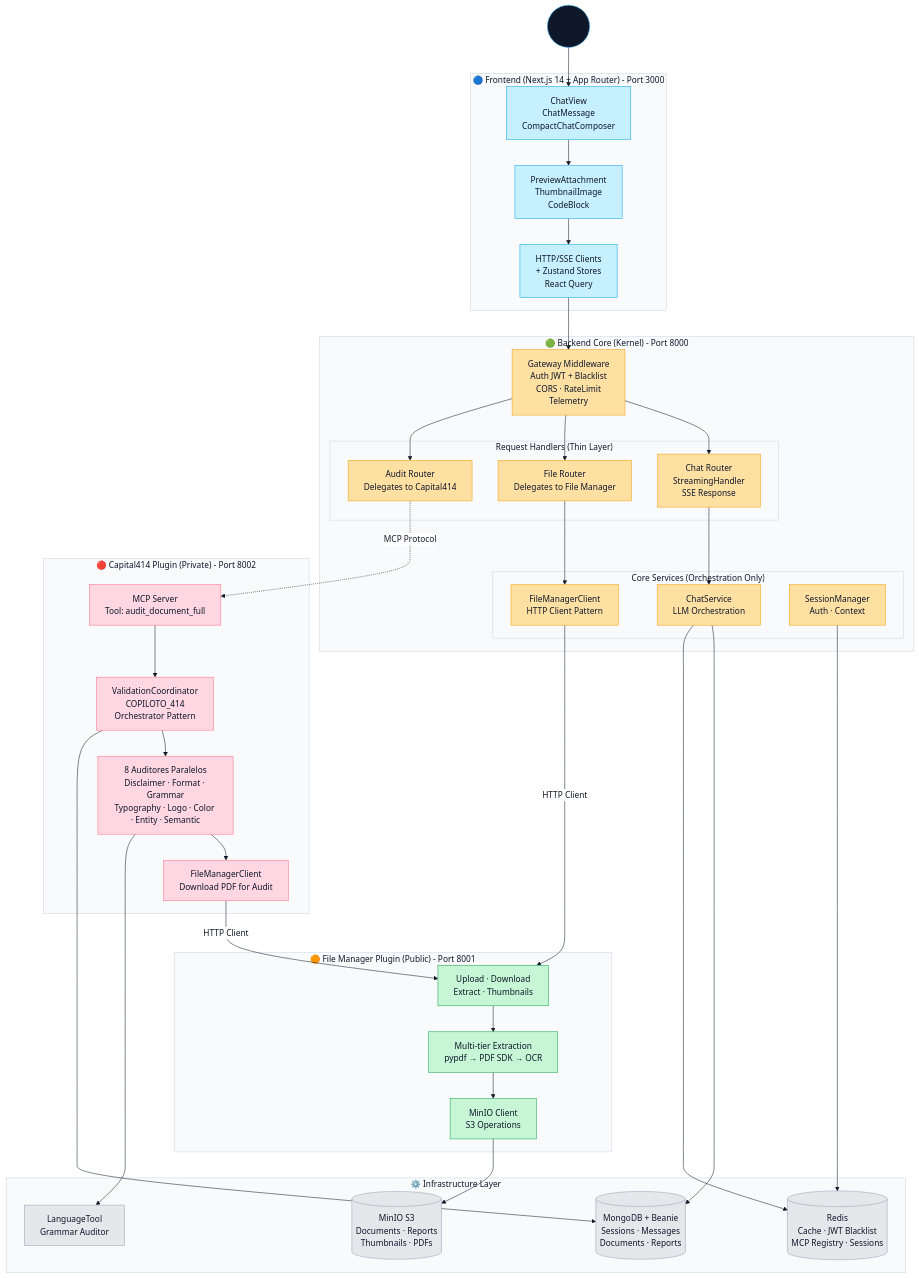
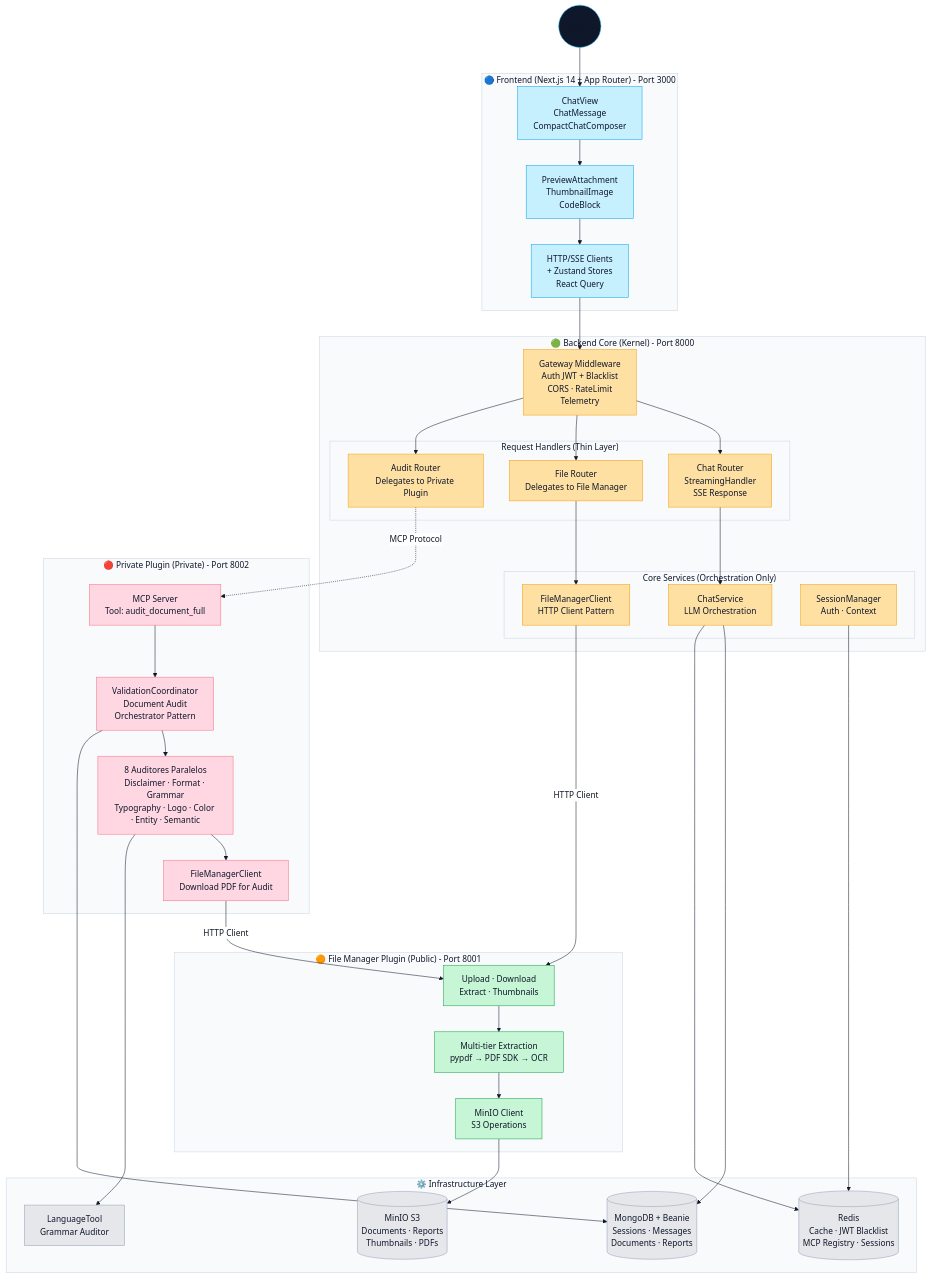
One commit to saptiva-ai/octavios-chat changed the third of 11 diagrams in README.md. Above: the diagram before and after it, drawn with Mermaid. The commit also changed other lines of this file, not shown here.

Commit message:
docs: replace capital414/COPILOTO_414 references with generic plugin-private naming

````diff
--- a/README.md
+++ b/README.md
@@ -451,81 +451,81 @@
 ```mermaid
 %%{init: {'theme': 'base', 'themeVariables': {'primaryColor': '#0f172a','primaryBorderColor': '#38bdf8','primaryTextColor': '#111827','lineColor': '#111827','textColor': '#111827','secondaryColor': '#ffffff','secondaryBorderColor': '#cbd5e1','secondaryTextColor': '#0f172a','tertiaryColor': '#f8fafc','tertiaryBorderColor': '#cbd5e1','tertiaryTextColor': '#0f172a'}}}%%
 flowchart TB
     user((Usuarios)):::light --> web_ui
 
     subgraph Frontend["🔵 Frontend (Next.js 14 + App Router) - Port 3000"]
         web_ui["ChatView<br/>ChatMessage<br/>CompactChatComposer"]:::frontend
         web_components["PreviewAttachment<br/>ThumbnailImage<br/>CodeBlock"]:::frontend
         web_clients["HTTP/SSE Clients<br/>+ Zustand Stores<br/>React Query"]:::frontend
     end
 
     web_ui --> web_components
     web_components --> web_clients
     web_clients --> gateway
 
     subgraph Core["🟢 Backend Core (Kernel) - Port 8000"]
         gateway["Gateway Middleware<br/>Auth JWT + Blacklist<br/>CORS · RateLimit<br/>Telemetry"]:::core
 
         subgraph Handlers["Request Handlers (Thin Layer)"]
             chat_router["Chat Router<br/>StreamingHandler<br/>SSE Response"]:::core
             file_router["File Router<br/>Delegates to File Manager"]:::core
-            audit_router["Audit Router<br/>Delegates to Capital414"]:::core
+            audit_router["Audit Router<br/>Delegates to Private Plugin"]:::core
         end
 
         subgraph CoreServices["Core Services (Orchestration Only)"]
             chat_service["ChatService<br/>LLM Orchestration"]:::core
             fm_client["FileManagerClient<br/>HTTP Client Pattern"]:::core
             session_mgr["SessionManager<br/>Auth · Context"]:::core
         end
     end
 
     gateway --> chat_router
     gateway --> file_router
     gateway --> audit_router
 
     chat_router --> chat_service
     file_router --> fm_client
-    audit_router -.->|"MCP Protocol"| capital414_service
+    audit_router -.->|"MCP Protocol"| private_plugin_service
 
     subgraph FileManager["🟠 File Manager Plugin (Public) - Port 8001"]
         fm_routes["Upload · Download<br/>Extract · Thumbnails"]:::plugin_public
         fm_extraction["Multi-tier Extraction<br/>pypdf → PDF SDK → OCR"]:::plugin_public
         fm_minio["MinIO Client<br/>S3 Operations"]:::plugin_public
     end
 
     fm_client -->|"HTTP Client"| fm_routes
     fm_routes --> fm_extraction
     fm_extraction --> fm_minio
 
-    subgraph Capital414["🔴 Capital414 Plugin (Private) - Port 8002"]
-        capital414_service["MCP Server<br/>Tool: audit_document_full"]:::plugin_private
-        validation_coord["ValidationCoordinator<br/>COPILOTO_414<br/>Orchestrator Pattern"]:::plugin_private
+    subgraph Private Plugin["🔴 Private Plugin (Private) - Port 8002"]
+        private_plugin_service["MCP Server<br/>Tool: audit_document_full"]:::plugin_private
+        validation_coord["ValidationCoordinator<br/>Document Audit<br/>Orchestrator Pattern"]:::plugin_private
         auditores["8 Auditores Paralelos<br/>Disclaimer · Format · Grammar<br/>Typography · Logo · Color · Entity · Semantic"]:::plugin_private
-        c414_fm_client["FileManagerClient<br/>Download PDF for Audit"]:::plugin_private
+        private_fm_client["FileManagerClient<br/>Download PDF for Audit"]:::plugin_private
     end
 
-    capital414_service --> validation_coord
+    private_plugin_service --> validation_coord
     validation_coord --> auditores
-    auditores --> c414_fm_client
-    c414_fm_client -->|"HTTP Client"| fm_routes
+    auditores --> private_fm_client
+    private_fm_client -->|"HTTP Client"| fm_routes
 
     subgraph Infrastructure["⚙️ Infrastructure Layer"]
         mongo[(MongoDB + Beanie<br/>Sessions · Messages<br/>Documents · Reports)]:::infra
         redis[(Redis<br/>Cache · JWT Blacklist<br/>MCP Registry · Sessions)]:::infra
         minio[(MinIO S3<br/>Documents · Reports<br/>Thumbnails · PDFs)]:::infra
         languagetool["LanguageTool<br/>Grammar Auditor"]:::infra
     end
 
     chat_service --> mongo
     chat_service --> redis
     session_mgr --> redis
     fm_minio --> minio
     validation_coord --> mongo
     auditores --> languagetool
 
     classDef frontend fill:#c7f0ff,stroke:#0ea5e9,color:#0f172a;
     classDef core fill:#ffe0a3,stroke:#f59e0b,color:#0f172a;
     classDef plugin_public fill:#c6f6d5,stroke:#16a34a,color:#0f172a;
     classDef plugin_private fill:#fed7e2,stroke:#fb7185,color:#0f172a;
     classDef infra fill:#e5e7eb,stroke:#94a3b8,color:#0f172a;
 ```
````
